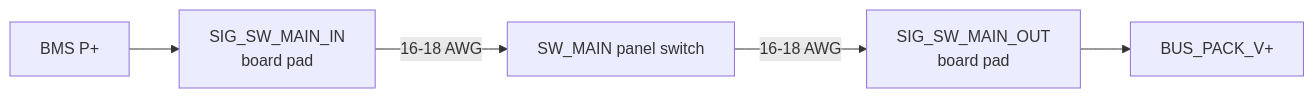
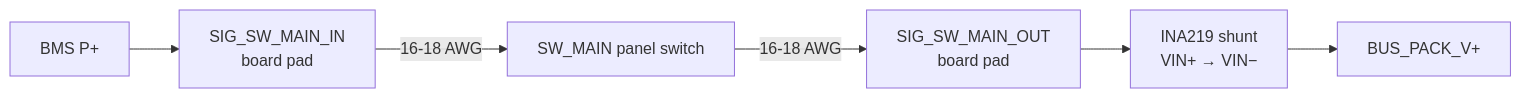
One commit to Aspience/fpv-rover changed the seventh of 9 diagrams in SCHEMA.md. Above: the diagram before and after it, drawn with Mermaid. The commit also changed other lines of this file and 1 other file, not shown here.

Commit message:
Update README / SCHEMA

````diff
--- a/SCHEMA.md
+++ b/SCHEMA.md
@@ -417,13 +419,15 @@
 ```mermaid
 flowchart LR
   BMS_P[BMS P+]
   PAD_IN["SIG_SW_MAIN_IN<br/>board pad"]
   SW[SW_MAIN panel switch]
   PAD_OUT["SIG_SW_MAIN_OUT<br/>board pad"]
+  INA["INA219 shunt<br/>VIN+ → VIN−"]
   PACK[BUS_PACK_V+]
 
   BMS_P --> PAD_IN
   PAD_IN -->|16-18 AWG| SW
   SW -->|16-18 AWG| PAD_OUT
-  PAD_OUT --> PACK
+  PAD_OUT --> INA
+  INA --> PACK
 ```
````
